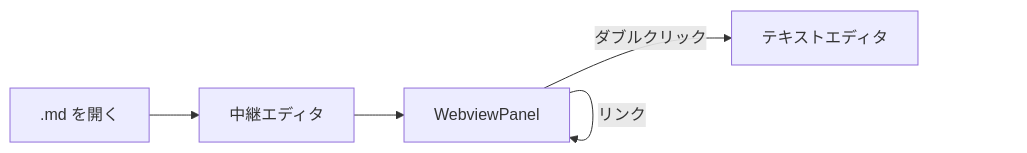
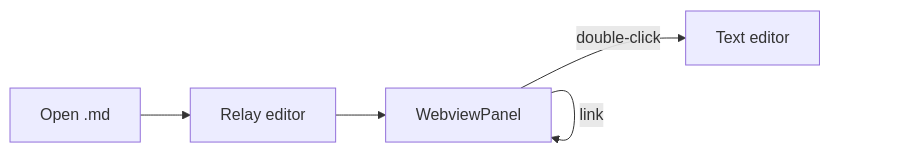
The diagram in samples/index.md (ymatsumoto/KnowledgeWalk), drawn with Mermaid before and after one commit. The commit also changed other lines of this file and 32 other files, not shown here.

````diff
--- a/samples/index.md
+++ b/samples/index.md
@@ -48,7 +48,7 @@
 ```mermaid
 flowchart LR
-  A[".md を開く"] --> B["中継エディタ"]
+  A["Open .md"] --> B["Relay editor"]
   B --> C["WebviewPanel"]
-  C -->|"リンク"| C
-  C -->|"ダブルクリック"| D["テキストエディタ"]
+  C -->|"link"| C
+  C -->|"double-click"| D["Text editor"]
 ```
````
